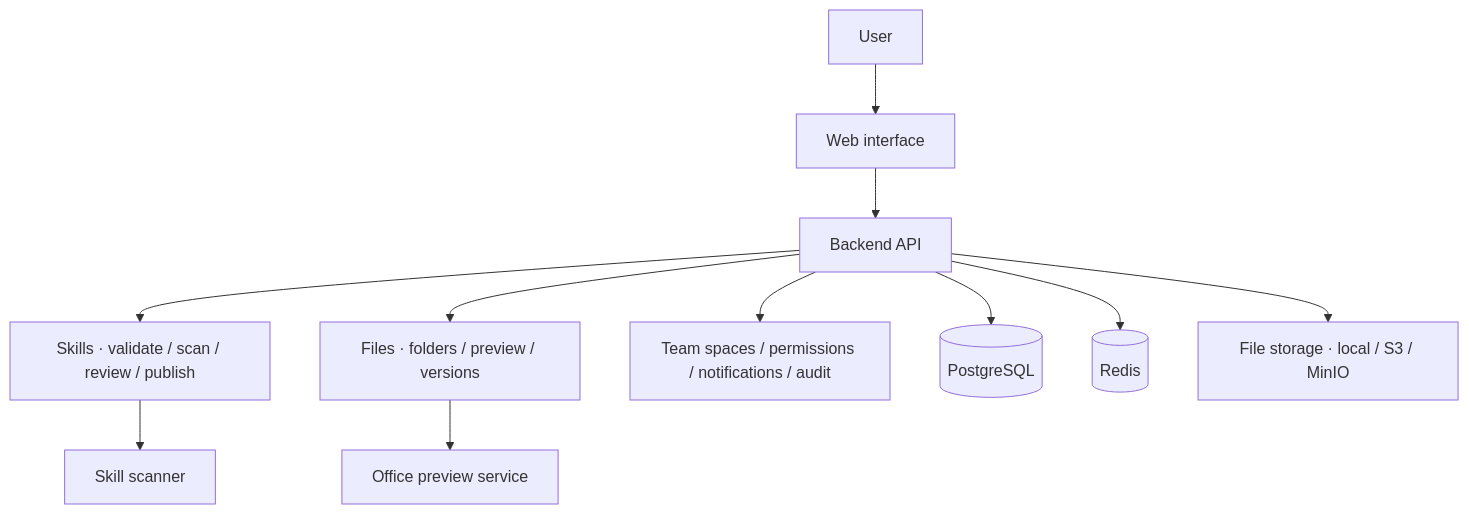
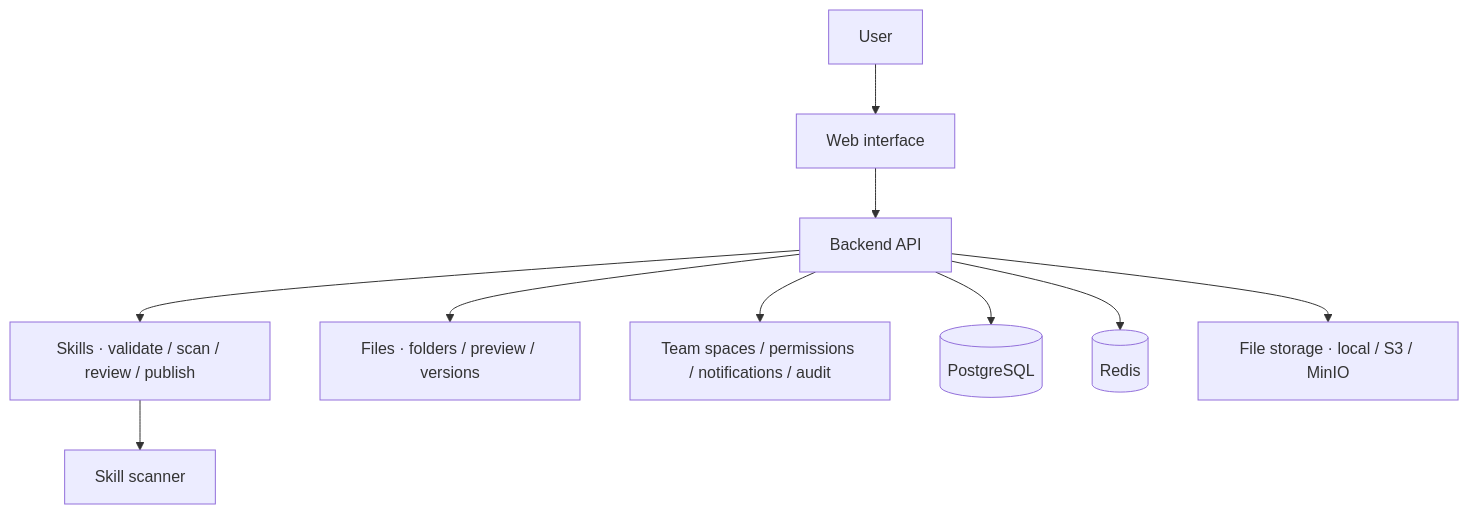
Before and after one commit to kun001/skillhive: the second of 2 diagrams in README.en.md, drawn with Mermaid. The commit also changed other lines of this file and 40 other files, not shown here.

````diff
--- a/README.en.md
+++ b/README.en.md
@@ -210,13 +209,12 @@
 ```mermaid
 flowchart TB
     User[User] --> Web[Web interface]
     Web --> API[Backend API]
     API --> Skill[Skills · validate / scan / review / publish]
     API --> Knowledge[Files · folders / preview / versions]
     API --> Governance[Team spaces / permissions / notifications / audit]
     Skill --> Scanner[Skill scanner]
-    Knowledge --> Preview[Office preview service]
     API --> DB[(PostgreSQL)]
     API --> Redis[(Redis)]
     API --> Storage[File storage · local / S3 / MinIO]
 ```
````
